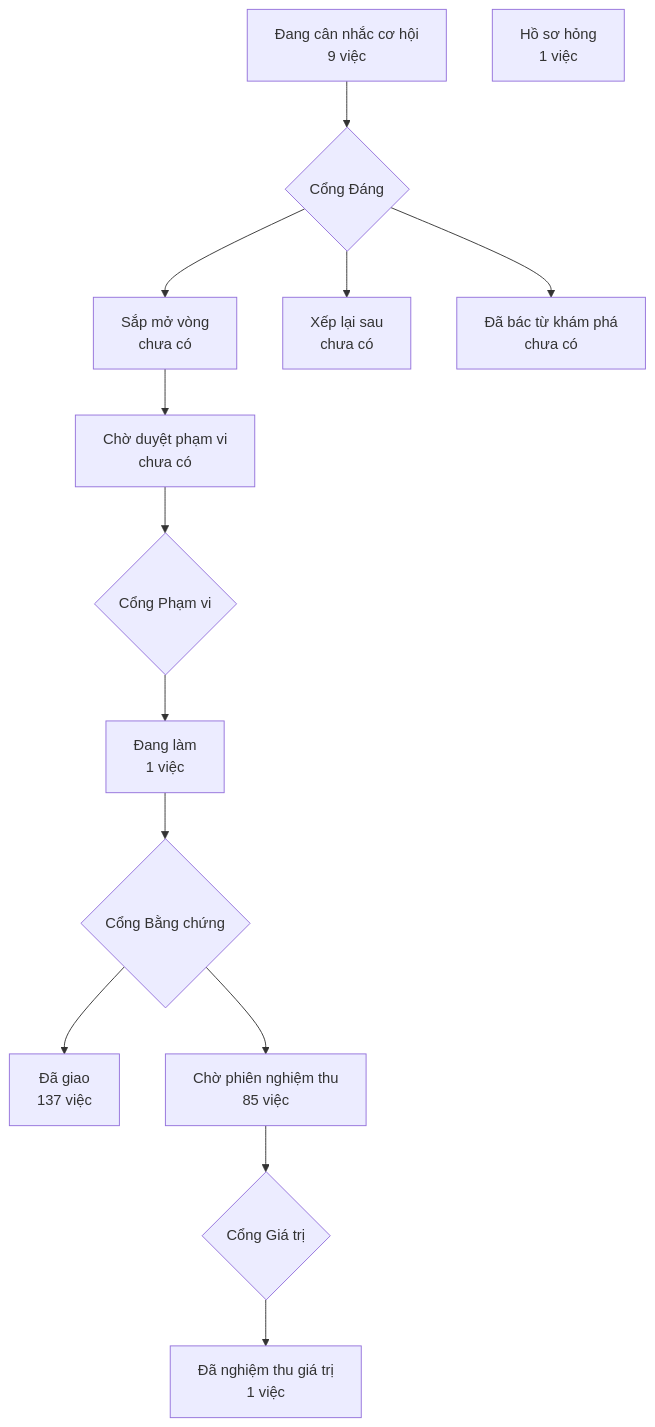
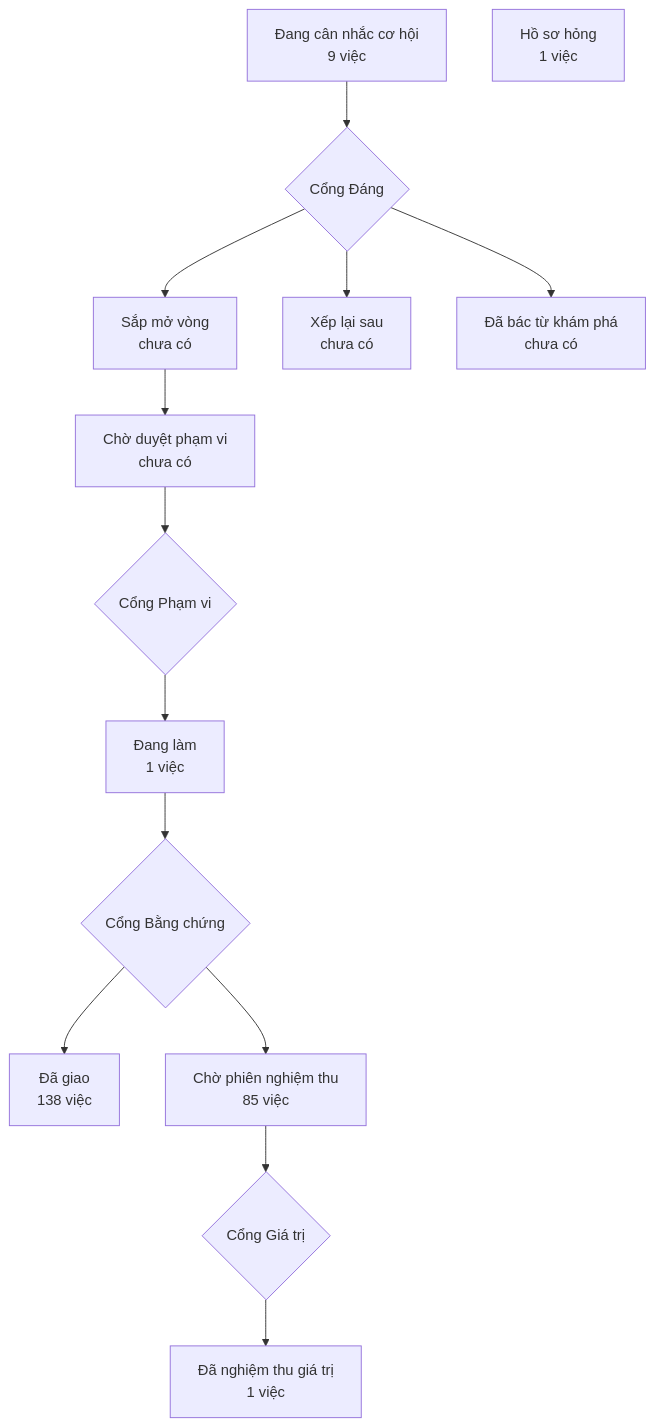
One commit to phanlemanh/crm-onehub changed the diagram in PRODUCT-MAP.md. Above: the diagram before and after it, drawn with Mermaid. The commit also changed other lines of this file and 4 other files, not shown here.

````diff
--- a/PRODUCT-MAP.md
+++ b/PRODUCT-MAP.md
@@ -7,13 +7,13 @@
 ```mermaid
 flowchart TD
   A["Đang cân nhắc cơ hội<br/>9 việc"] --> GD{"Cổng Đáng"}
   GD --> B["Sắp mở vòng<br/>chưa có"]
   GD --> XL["Xếp lại sau<br/>chưa có"]
   GD --> DB["Đã bác từ khám phá<br/>chưa có"]
   B --> CD["Chờ duyệt phạm vi<br/>chưa có"] --> GP{"Cổng Phạm vi"}
   GP --> DL["Đang làm<br/>1 việc"] --> GB{"Cổng Bằng chứng"}
-  GB --> DG["Đã giao<br/>137 việc"]
+  GB --> DG["Đã giao<br/>138 việc"]
   GB --> CN["Chờ phiên nghiệm thu<br/>85 việc"] --> GG{"Cổng Giá trị"}
   GG --> NT["Đã nghiệm thu giá trị<br/>1 việc"]
   HS["Hồ sơ hỏng<br/>1 việc"]
 ```
````
